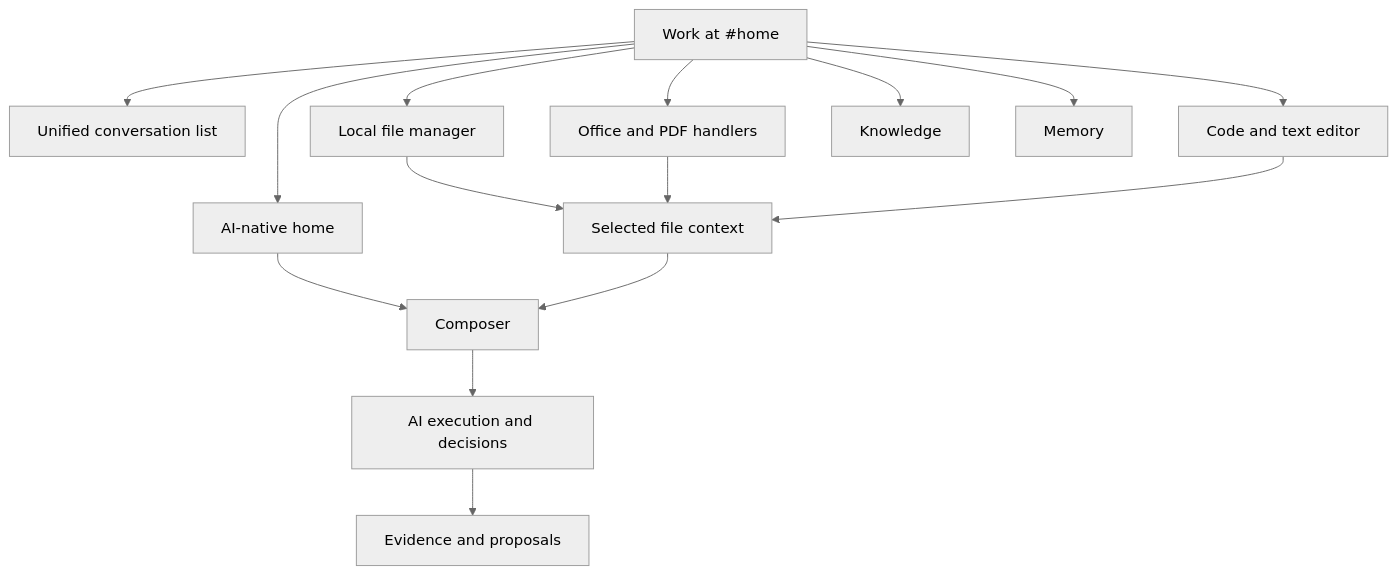
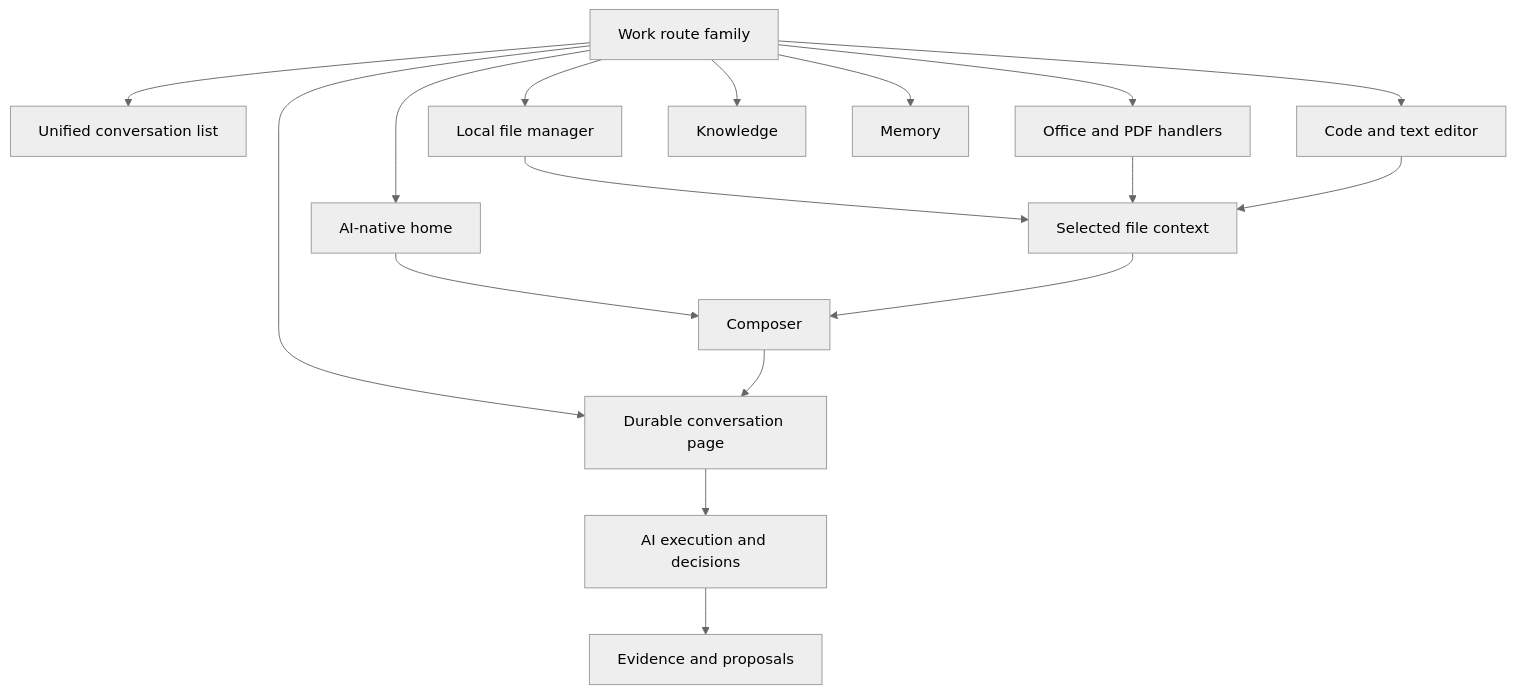
The diagram in apps/web/docs/FUNCTIONAL_SPEC.md (A3S-Lab/a3s), drawn with Mermaid (neutral theme) before and after one commit. The commit also changed other lines of this file and 38 other files, not shown here.

````diff
--- a/apps/web/docs/FUNCTIONAL_SPEC.md
+++ b/apps/web/docs/FUNCTIONAL_SPEC.md
@@ -54,18 +59,20 @@
 ```mermaid
 flowchart TB
-    Work[Work at #home]
+    Work[Work route family]
     Work --> Sessions[Unified conversation list]
     Work --> Home[AI-native home]
+    Work --> Conversation[Durable conversation page]
     Work --> Files[Local file manager]
     Work --> Office[Office and PDF handlers]
     Work --> Code[Code and text editor]
     Home --> Compose[Composer]
     Files --> Context[Selected file context]
     Office --> Context
     Code --> Context
     Context --> Compose
-    Compose --> Execute[AI execution and decisions]
+    Compose --> Conversation
+    Conversation --> Execute[AI execution and decisions]
     Execute --> Evidence[Evidence and proposals]
     Work --> Knowledge[Knowledge]
     Work --> Memory[Memory]
 ```
````
